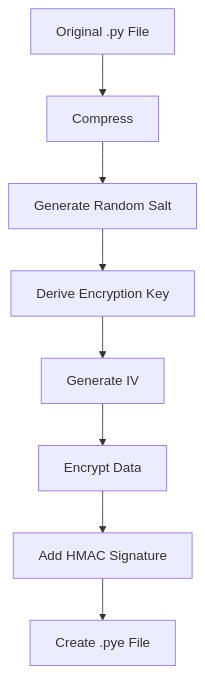
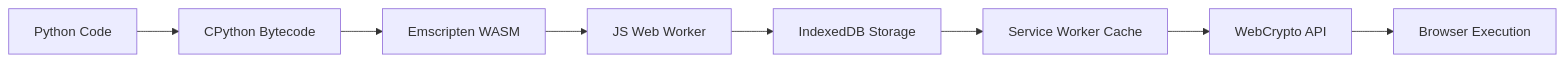
The diagram in Readme.md (Royhtml/Enhancing-Python-Protection-Suite), drawn with Mermaid before and after one commit. The commit also changed other lines of this file, not shown here.

````diff
--- a/Readme.md
+++ b/Readme.md
@@ -106,10 +51,10 @@
 ```mermaid
-graph TD
-    A[Original .py File] --> B[Compress]
-    B --> C[Generate Random Salt]
-    C --> D[Derive Encryption Key]
-    D --> E[Generate IV]
-    E --> F[Encrypt Data]
-    F --> G[Add HMAC Signature]
-    G --> H[Create .pye File]
+graph LR
+    A[Python Code] --> B[CPython Bytecode]
+    B --> C[Emscripten WASM]
+    C --> D[JS Web Worker]
+    D --> E[IndexedDB Storage]
+    E --> F[Service Worker Cache]
+    F --> G[WebCrypto API]
+    G --> H[Browser Execution]
 ```
````
